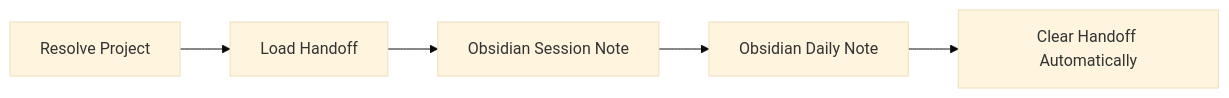
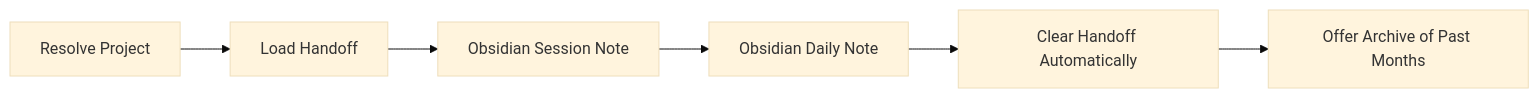
One commit to adeonir/agent-skills changed the diagram in skills/personal/wrap-up/README.md. Above: the diagram before and after it, drawn with Mermaid (base theme). The commit also changed other lines of this file and 2 other files, not shown here.

Commit message:
feat(wrap-up): offer to archive past-month daily notes

````diff
--- a/skills/personal/wrap-up/README.md
+++ b/skills/personal/wrap-up/README.md
@@ -7,7 +7,8 @@
 ```mermaid
 flowchart LR
     A[Resolve Project] --> B[Load Handoff]
     B --> C[Obsidian Session Note]
     C --> D[Obsidian Daily Note]
     D --> E[Clear Handoff Automatically]
+    E --> F[Offer Archive of Past Months]
 ```
````
